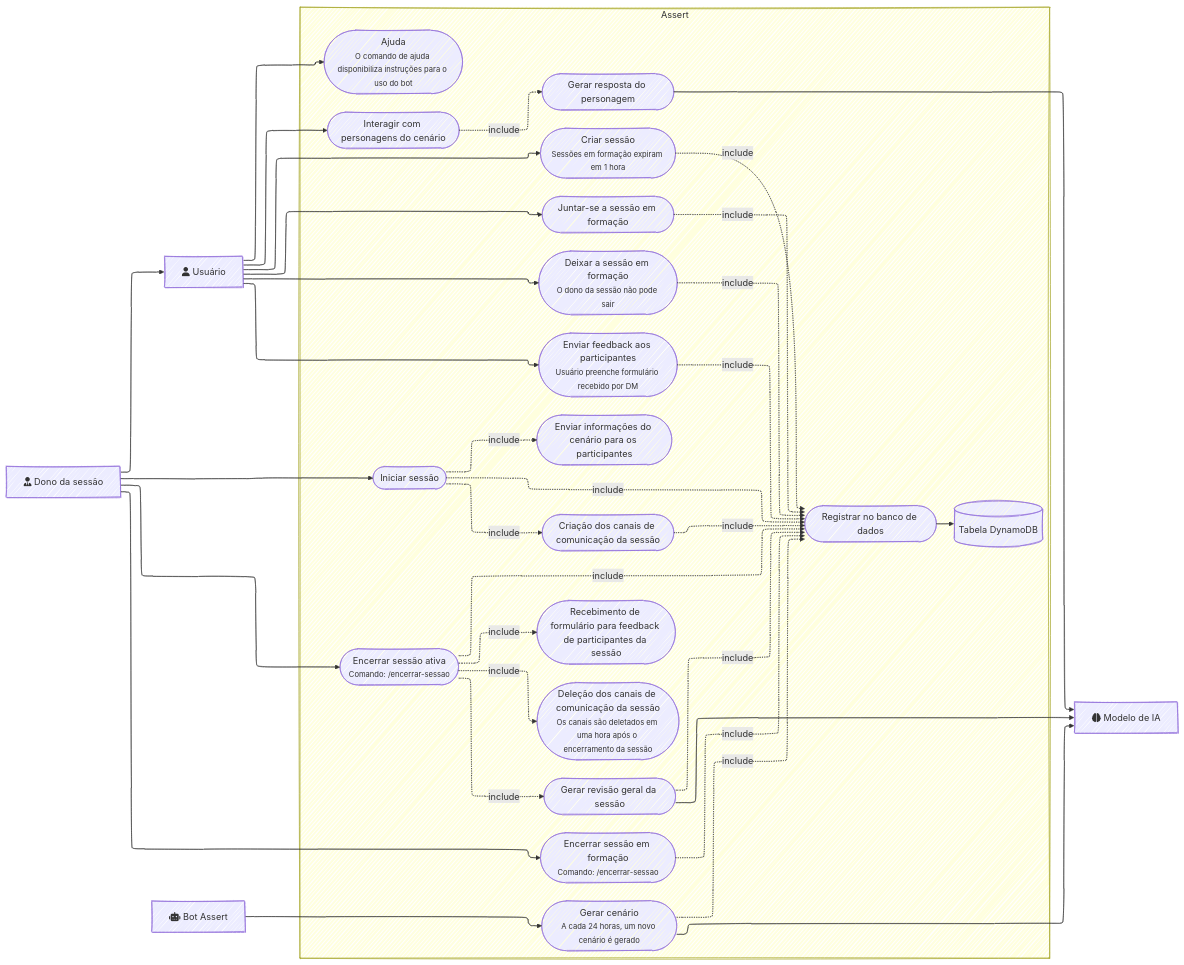
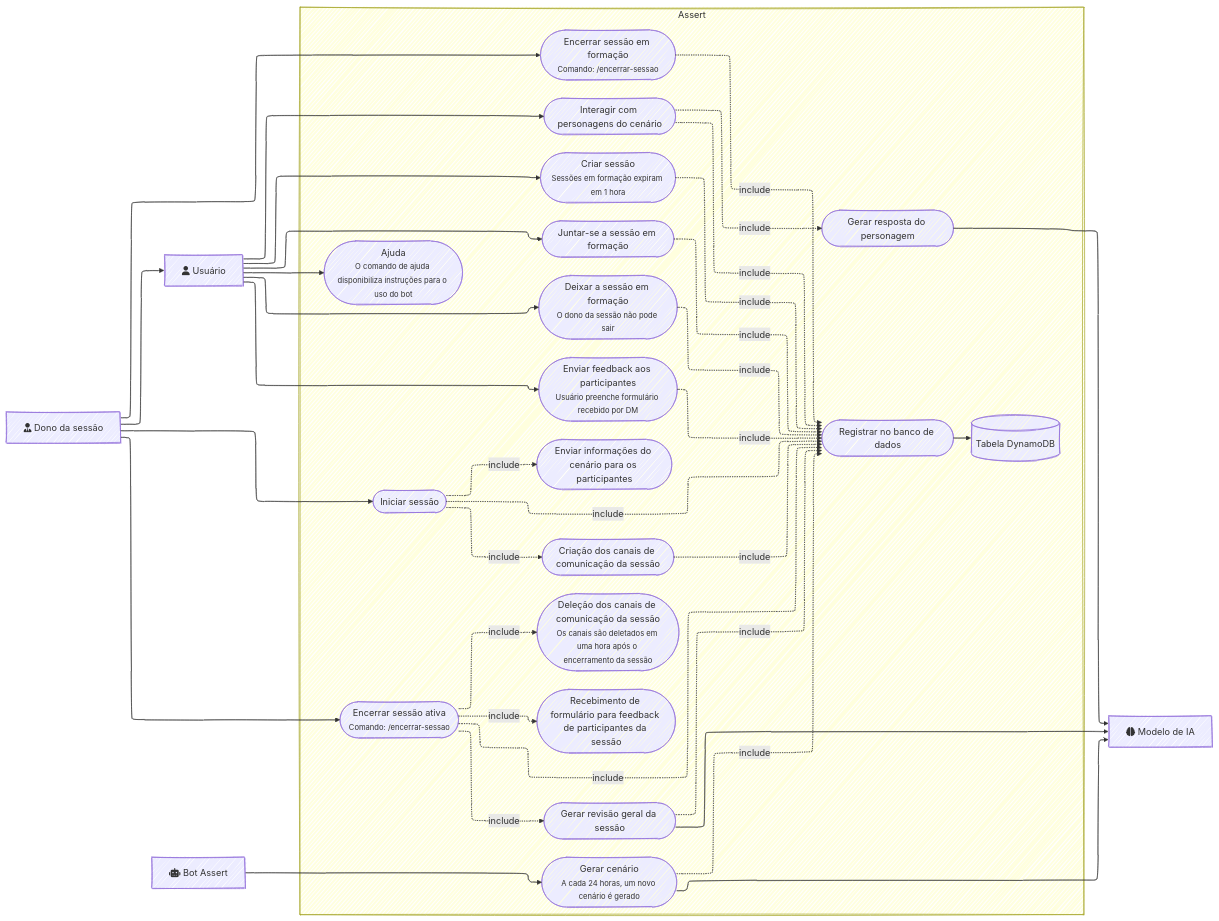
One commit to pampolha/assert changed the first of 2 diagrams in README.md. Above: the diagram before and after it, drawn with Mermaid. The commit also changed other lines of this file, not shown here.

Commit message:
docs: update diagrams to reflect npc interaction refactor

````diff
--- a/README.md
+++ b/README.md
@@ -179,80 +179,81 @@
 ```mermaid
 ---
 config:
   look: handDrawn
   layout: elk
   elk:
     nodePlacementStrategy: LINEAR_SEGMENTS
 ---
 flowchart LR
     user["fa:fa-user Usuário"]
     owner["fa:fa-user-tie Dono da sessão"]
     bot["fa:fa-robot Bot Assert"]
     aiModel["fa:fa-brain Modelo de IA"]
 
     owner --> user
 
     subgraph "Assert"
         direction TB
         
         createSession(["`Criar sessão<br><small>Sessões em formação expiram em 1 hora</small>`"])
         help(["`Ajuda<br><small>O comando de ajuda disponibiliza instruções para o uso do bot</small>`"])
         joinSession(["Juntar-se a sessão em formação"])
         leaveSession(["`Deixar a sessão em formação<br><small>O dono da sessão não pode sair</small>`"])
         endSessionFormation(["`Encerrar sessão em formação<br><small>Comando: /encerrar-sessao</small>`"])
         startSession(["Iniciar sessão"])
         mentionNpc(["Interagir com personagens do cenário"])
         endSession(["`Encerrar sessão ativa<br><small>Comando: /encerrar-sessao</small>`"])
         writeFeedback(["`Enviar feedback aos participantes<br><small>Usuário preenche formulário recebido por DM</small>`"])
 
         generateScenario(["`Gerar cenário<br><small>A cada 24 horas, um novo cenário é gerado</small>`"])
         generateReview(["Gerar revisão geral da sessão"])
-        generateResponse(["Gerar resposta do personagem"])
+        handleNpcInteraction(["Gerar resposta do personagem"])
         createChannels(["Criação dos canais de comunicação da sessão"])
         sendInfo(["Enviar informações do cenário para os participantes"])
         sendForms(["Recebimento de formulário para feedback de participantes da sessão"])
         deleteChannels(["`Deleção dos canais de comunicação da sessão<br><small>Os canais são deletados em uma hora após o encerramento da sessão</small>`"])
 
         persistDb(["Registrar no banco de dados"])
         table[("Tabela DynamoDB")]
     end
 
     user --> createSession
     user --> help
     user --> joinSession
     user --> leaveSession
     user --> mentionNpc
     user --> writeFeedback
 
     owner --> endSessionFormation
     owner --> startSession
     owner --> endSession
 
     bot --> generateScenario
 
     generateScenario --> aiModel
     generateReview --> aiModel
-    generateResponse --> aiModel
+    handleNpcInteraction --> aiModel
 
     persistDb --> table
     
     createSession       -.->|include| persistDb
     joinSession         -.->|include| persistDb
     leaveSession        -.->|include| persistDb
     endSessionFormation -.->|include| persistDb
     startSession        -.->|include| persistDb
     writeFeedback       -.->|include| persistDb
     generateScenario    -.->|include| persistDb
     generateReview      -.->|include| persistDb
     createChannels      -.->|include| persistDb
     endSession          -.->|include| persistDb
+    mentionNpc          -.->|include| persistDb
 
     startSession -.->|include| createChannels
     startSession -.->|include| sendInfo
     
-    mentionNpc -.->|include| generateResponse
+    mentionNpc -.->|include| handleNpcInteraction
     
     endSession -.->|include| sendForms
     endSession -.->|include| generateReview
     endSession -.->|include| deleteChannels
 ```
````
